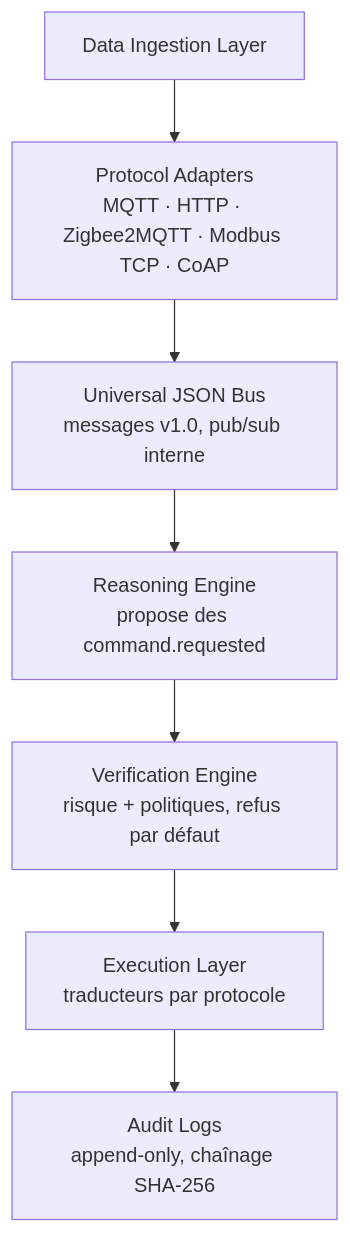
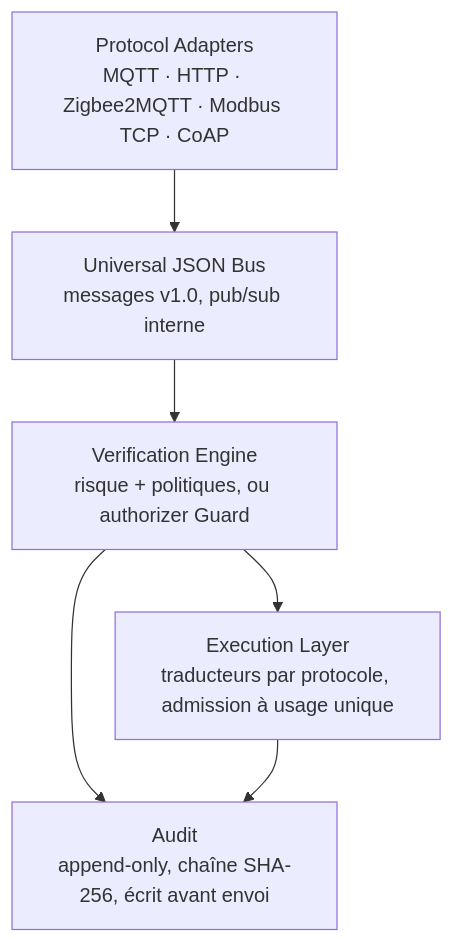
One commit to jabfy-corp/jabfy-docs changed the fourth of 6 diagrams in documentation/architecture/vue-globale.md. Above: the diagram before and after it, drawn with Mermaid. The commit also changed other lines of this file and 45 other files, not shown here.

First line of the commit message:
docs: prepare the 29/10 review: research, architecture, first measurements

````diff
--- a/documentation/architecture/vue-globale.md
+++ b/documentation/architecture/vue-globale.md
@@ -91,9 +115,8 @@
 ```mermaid
 flowchart TB
-  ingest[Data Ingestion Layer] --> adapters[Protocol Adapters<br/>MQTT · HTTP · Zigbee2MQTT · Modbus TCP · CoAP]
-  adapters --> ubus[Universal JSON Bus<br/>messages v1.0, pub/sub interne]
-  ubus --> reasoning[Reasoning Engine<br/>propose des command.requested]
-  reasoning --> verif[Verification Engine<br/>risque + politiques, refus par défaut]
-  verif --> exec[Execution Layer<br/>traducteurs par protocole]
-  exec --> audit[Audit Logs<br/>append-only, chaînage SHA-256]
+  adapters[Protocol Adapters<br/>MQTT · HTTP · Zigbee2MQTT · Modbus TCP · CoAP] --> ubus[Universal JSON Bus<br/>messages v1.0, pub/sub interne]
+  ubus --> verif[Verification Engine<br/>risque + politiques, ou authorizer Guard]
+  verif --> exec[Execution Layer<br/>traducteurs par protocole, admission à usage unique]
+  verif --> audit[Audit<br/>append-only, chaîne SHA-256, écrit avant envoi]
+  exec --> audit
 ```
````
